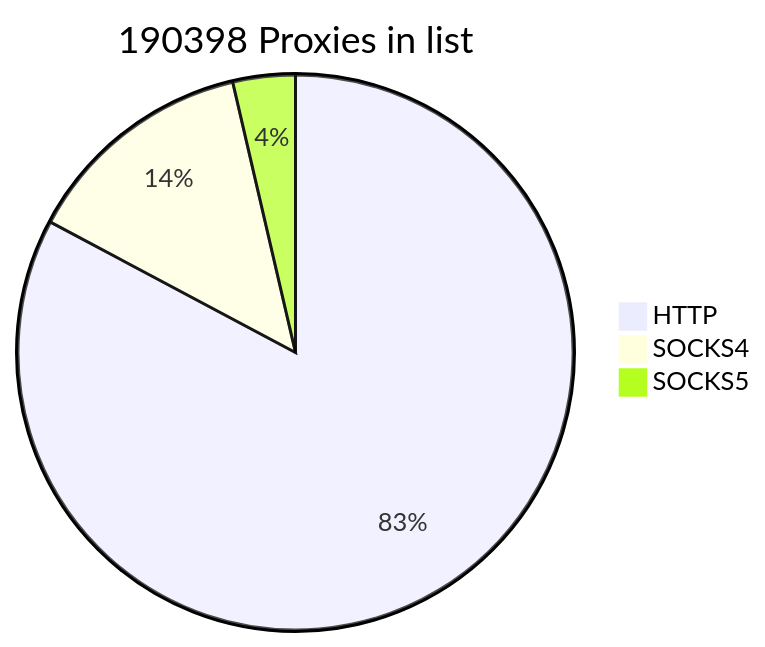
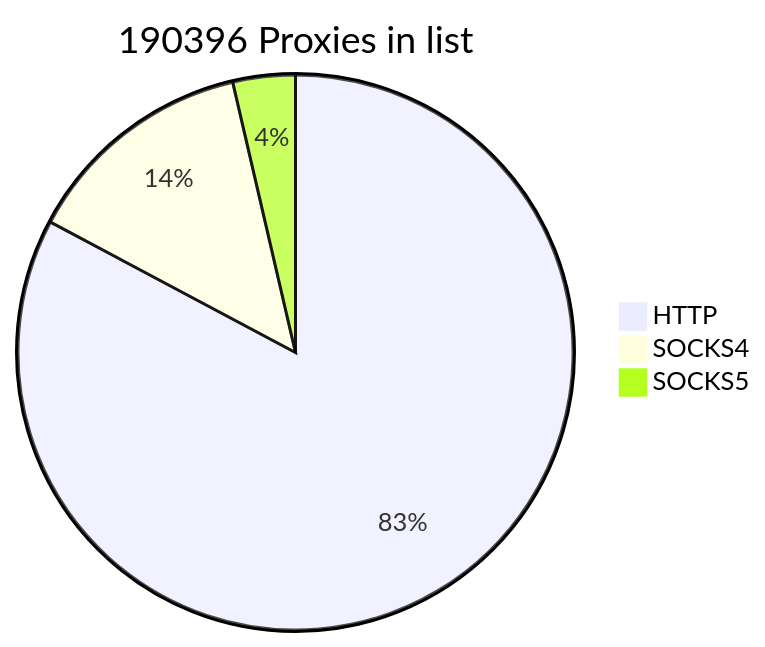
One commit to cutipu/proxylist changed the first of 2 diagrams in README.md. Above: the diagram before and after it, drawn with Mermaid. The commit also changed other lines of this file, not shown here.

````diff
--- a/README.md
+++ b/README.md
@@ -2,7 +2,7 @@
 ```mermaid
-pie title 190398 Proxies in list
+pie title 190396 Proxies in list
     "HTTP" : 157620
-    "SOCKS4" : 25864
+    "SOCKS4" : 25862
     "SOCKS5" : 6914
             
 ```
````
